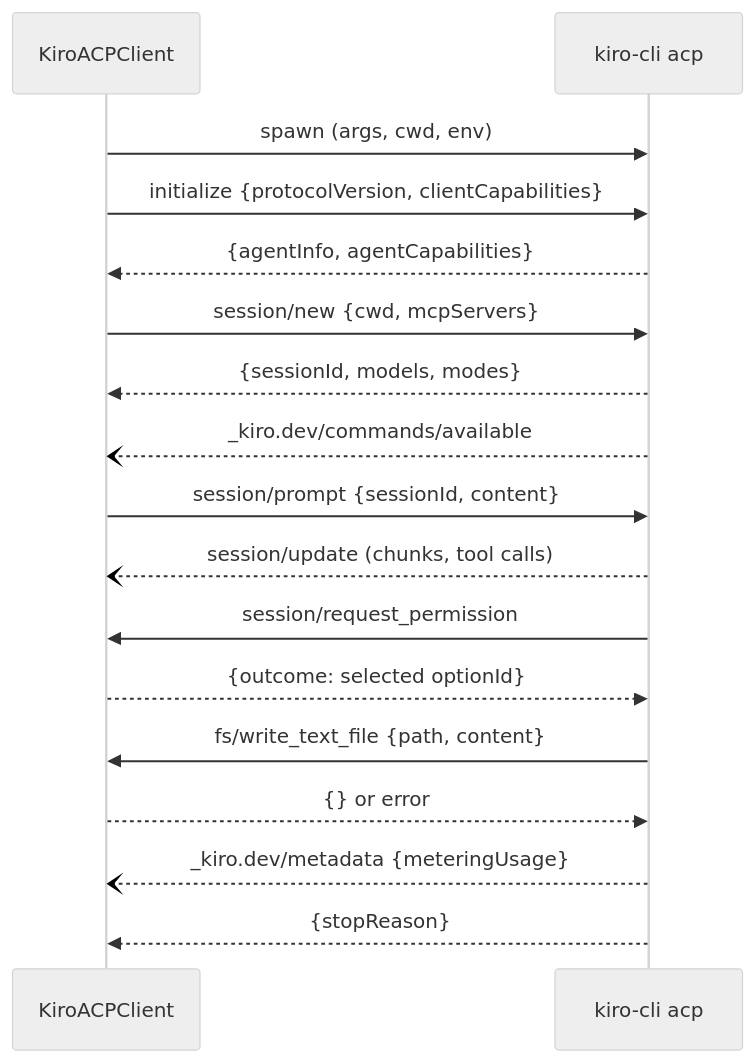
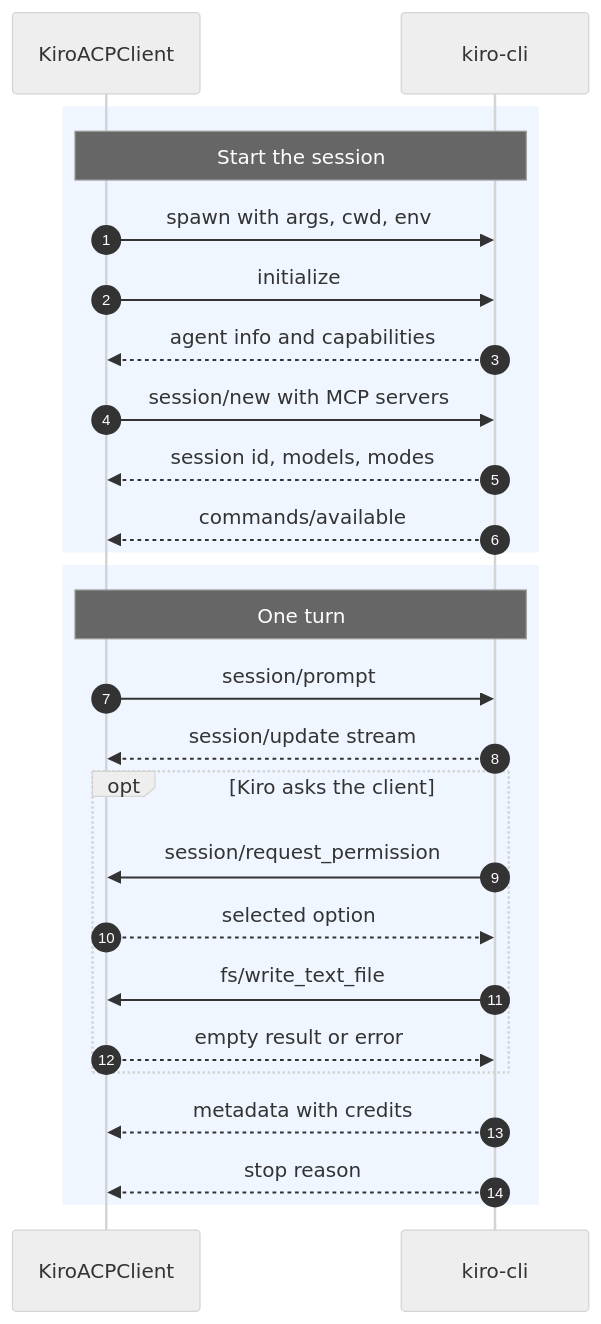
The second of 2 diagrams in genesis/architecture/modules/kiro-agent-sdk.md (ram-020998/project-tracker), drawn with Mermaid (neutral theme) before and after one commit. The commit also changed other lines of this file and 24 other files, not shown here.

First line of the commit message:
architecture: rewrite all 86 Mermaid diagrams to one C4 style, each render-checked

````diff
--- a/genesis/architecture/modules/kiro-agent-sdk.md
+++ b/genesis/architecture/modules/kiro-agent-sdk.md
@@ -96,19 +104,28 @@
 ```mermaid
 sequenceDiagram
+    autonumber
     participant C as KiroACPClient
-    participant K as kiro-cli acp
-    C->>K: spawn (args, cwd, env)
-    C->>K: initialize {protocolVersion, clientCapabilities}
-    K-->>C: {agentInfo, agentCapabilities}
-    C->>K: session/new {cwd, mcpServers}
-    K-->>C: {sessionId, models, modes}
-    K--)C: _kiro.dev/commands/available
-    C->>K: session/prompt {sessionId, content}
-    K--)C: session/update (chunks, tool calls)
-    K->>C: session/request_permission
-    C-->>K: {outcome: selected optionId}
-    K->>C: fs/write_text_file {path, content}
-    C-->>K: {} or error
-    K--)C: _kiro.dev/metadata {meteringUsage}
-    K-->>C: {stopReason}
+    participant K as kiro-cli
+    rect rgb(240, 246, 255)
+    Note over C,K: Start the session
+    C->>K: spawn with args, cwd, env
+    C->>K: initialize
+    K-->>C: agent info and capabilities
+    C->>K: session/new with MCP servers
+    K-->>C: session id, models, modes
+    K-->>C: commands/available
+    end
+    rect rgb(240, 246, 255)
+    Note over C,K: One turn
+    C->>K: session/prompt
+    K-->>C: session/update stream
+    opt Kiro asks the client
+        K->>C: session/request_permission
+        C-->>K: selected option
+        K->>C: fs/write_text_file
+        C-->>K: empty result or error
+    end
+    K-->>C: metadata with credits
+    K-->>C: stop reason
+    end
 ```
````
